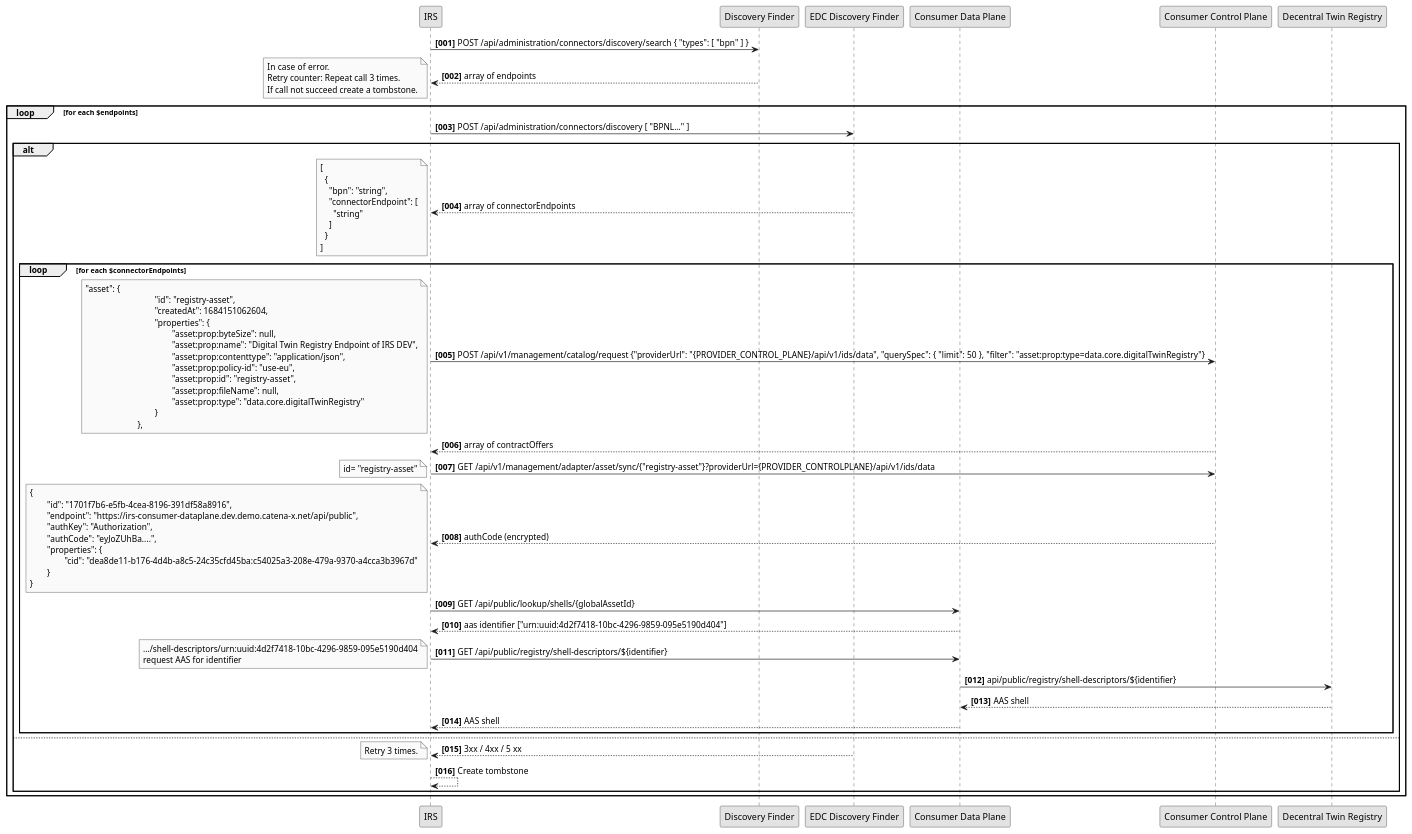
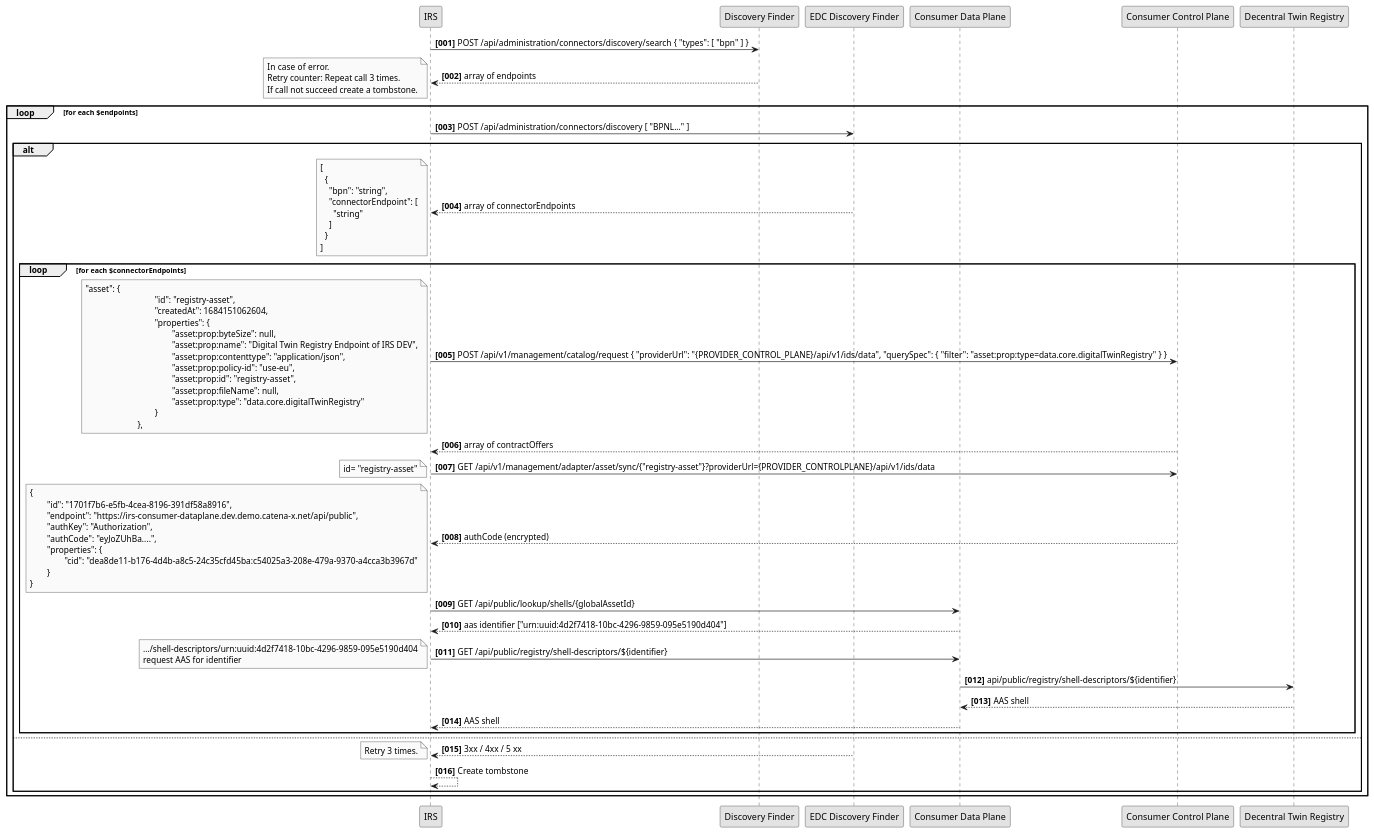
One commit to eclipse-tractusx/item-relationship-service changed the diagram in uml-diagrams/decentral-twin-registry/decentral-digital-registry.puml. Above: the diagram before and after it, drawn with PlantUML.

```diff
--- a/uml-diagrams/decentral-twin-registry/decentral-digital-registry.puml
+++ b/uml-diagrams/decentral-twin-registry/decentral-digital-registry.puml
@@ -1,99 +1,99 @@
 @startuml
 skinparam monochrome true
 skinparam shadowing false
 
 
 autonumber "<b>[000]"
 
 participant "IRS" as IRS
 participant "Discovery Finder" as DCF
 participant "EDC Discovery Finder" as EDCDF
 participant "Consumer Data Plane" as CONSUMER_DATA_PLANE
 participant "Consumer Control Plane" as CONSUMER_CONTROLPLANE
 participant "Decentral Twin Registry" as DTR
 
 IRS -> DCF: POST /api/administration/connectors/discovery/search { "types": [ "bpn" ] }
 IRS <-- DCF: array of endpoints
 note left
     In case of error.
     Retry counter: Repeat call 3 times.
     If call not succeed create a tombstone.
 end note
 loop for each $endpoints
     IRS -> EDCDF : POST /api/administration/connectors/discovery [ "BPNL..." ]
     alt
          IRS <-- EDCDF : array of connectorEndpoints
          note left
                  [
                    {
                      "bpn": "string",
                      "connectorEndpoint": [
                        "string"
                      ]
                    }
                  ]
          end note
          loop for each $connectorEndpoints
-             IRS -> CONSUMER_CONTROLPLANE: POST /api/v1/management/catalog/request {"providerUrl": "{PROVIDER_CONTROL_PLANE}/api/v1/ids/data", "querySpec": { "limit": 50 }, "filter": "asset:prop:type=data.core.digitalTwinRegistry"}
+             IRS -> CONSUMER_CONTROLPLANE: POST /api/v1/management/catalog/request { "providerUrl": "{PROVIDER_CONTROL_PLANE}/api/v1/ids/data", "querySpec": { "filter": "asset:prop:type=data.core.digitalTwinRegistry" } }
              note left
                 "asset": {
                 				"id": "registry-asset",
                 				"createdAt": 1684151062604,
                 				"properties": {
                 					"asset:prop:byteSize": null,
                 					"asset:prop:name": "Digital Twin Registry Endpoint of IRS DEV",
                 					"asset:prop:contenttype": "application/json",
                 					"asset:prop:policy-id": "use-eu",
                 					"asset:prop:id": "registry-asset",
                 					"asset:prop:fileName": null,
                 					"asset:prop:type": "data.core.digitalTwinRegistry"
                 				}
                 			},
              end note
              IRS <-- CONSUMER_CONTROLPLANE: array of contractOffers
 
              IRS -> CONSUMER_CONTROLPLANE: GET /api/v1/management/adapter/asset/sync/{"registry-asset"}?providerUrl={PROVIDER_CONTROLPLANE}/api/v1/ids/data
              note left
                 id= "registry-asset"
              end note
              IRS <-- CONSUMER_CONTROLPLANE: authCode (encrypted)
              note left
                  {
                  	"id": "1701f7b6-e5fb-4cea-8196-391df58a8916",
                  	"endpoint": "https://irs-consumer-dataplane.dev.demo.catena-x.net/api/public",
                  	"authKey": "Authorization",
                  	"authCode": "eyJoZUhBa....",
                  	"properties": {
                  		"cid": "dea8de11-b176-4d4b-a8c5-24c35cfd45ba:c54025a3-208e-479a-9370-a4cca3b3967d"
                  	}
                  }
              end note
              IRS -> CONSUMER_DATA_PLANE: GET /api/public/lookup/shells/{globalAssetId}
              IRS <-- CONSUMER_DATA_PLANE: aas identifier ["urn:uuid:4d2f7418-10bc-4296-9859-095e5190d404"]
 
              IRS -> CONSUMER_DATA_PLANE : GET /api/public/registry/shell-descriptors/${identifier}
              note left
                   .../shell-descriptors/urn:uuid:4d2f7418-10bc-4296-9859-095e5190d404
                   request AAS for identifier
              end note
              CONSUMER_DATA_PLANE -> DTR : api/public/registry/shell-descriptors/${identifier}
              CONSUMER_DATA_PLANE <-- DTR: AAS shell
              IRS <-- CONSUMER_DATA_PLANE: AAS shell
          end loop
     else
           IRS <-- EDCDF : 3xx / 4xx / 5 xx
           note left
                 Retry 3 times.
           end note
           IRS --> IRS : Create tombstone
     end alt
 
 
 end loop
 
 
 
 
 
 
 @enduml
```
